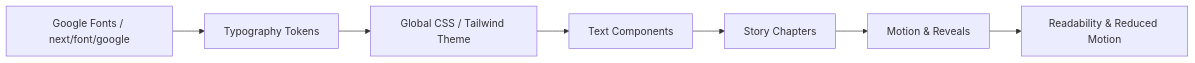
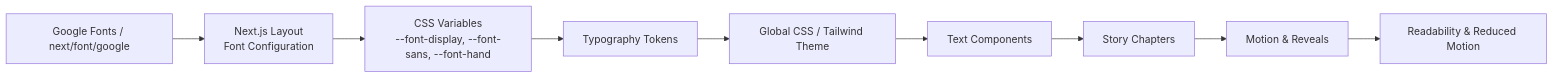
Before and after one commit to quangkiet1/anh-xin-loi: the third of 3 diagrams in .qoder/repowiki/en/content/Design System Reference/Typography & Font System.md, drawn with Mermaid. The commit also changed other lines of this file and 13 other files, not shown here.

````diff
--- a/.qoder/repowiki/en/content/Design System Reference/Typography & Font System.md
+++ b/.qoder/repowiki/en/content/Design System Reference/Typography & Font System.md
@@ -236,9 +327,11 @@
 ```mermaid
 graph LR
-Fonts["Google Fonts / next/font/google"] --> Tokens["Typography Tokens"]
+Fonts["Google Fonts / next/font/google"] --> NL["Next.js Layout<br/>Font Configuration"]
+NL --> CSSVars["CSS Variables<br/>--font-display, --font-sans, --font-hand"]
+CSSVars --> Tokens["Typography Tokens"]
 Tokens --> GlobalStyles["Global CSS / Tailwind Theme"]
 GlobalStyles --> Components["Text Components"]
 Components --> Chapters["Story Chapters"]
 Chapters --> Animations["Motion & Reveals"]
 Animations --> Accessibility["Readability & Reduced Motion"]
 ```
````
